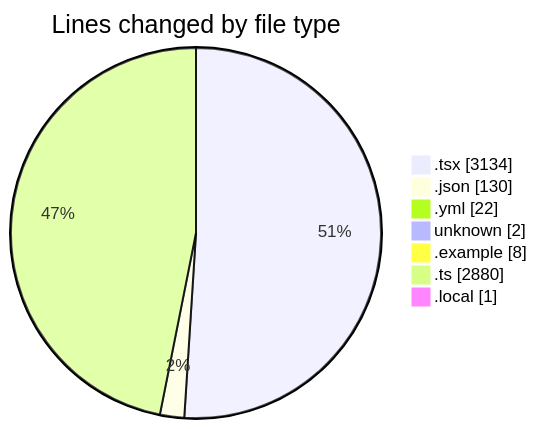
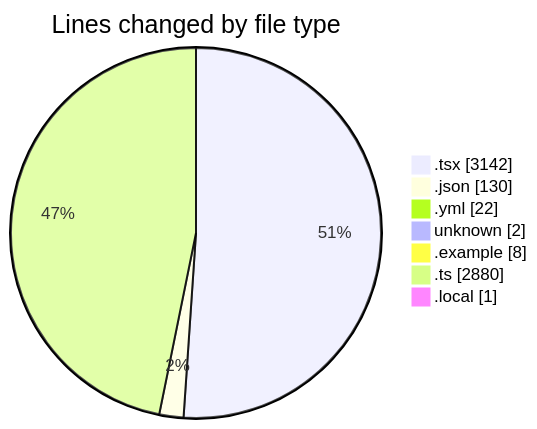
One commit to julien-gomy/code-tracking changed the first of 2 diagrams in 2025-11-21/eventscop-frontend-guide__workspace_/README.md. Above: the diagram before and after it, drawn with Mermaid. The commit also changed other lines of this file and 1 other file, not shown here.

````diff
--- a/2025-11-21/eventscop-frontend-guide__workspace_/README.md
+++ b/2025-11-21/eventscop-frontend-guide__workspace_/README.md
@@ -61,11 +61,11 @@
 ```mermaid
 pie showData
 title Lines changed by file type
-".tsx" : 3134
+".tsx" : 3142
 ".json" : 130
 ".yml" : 22
 "unknown" : 2
 ".example" : 8
 ".ts" : 2880
 ".local" : 1
 ```
````
